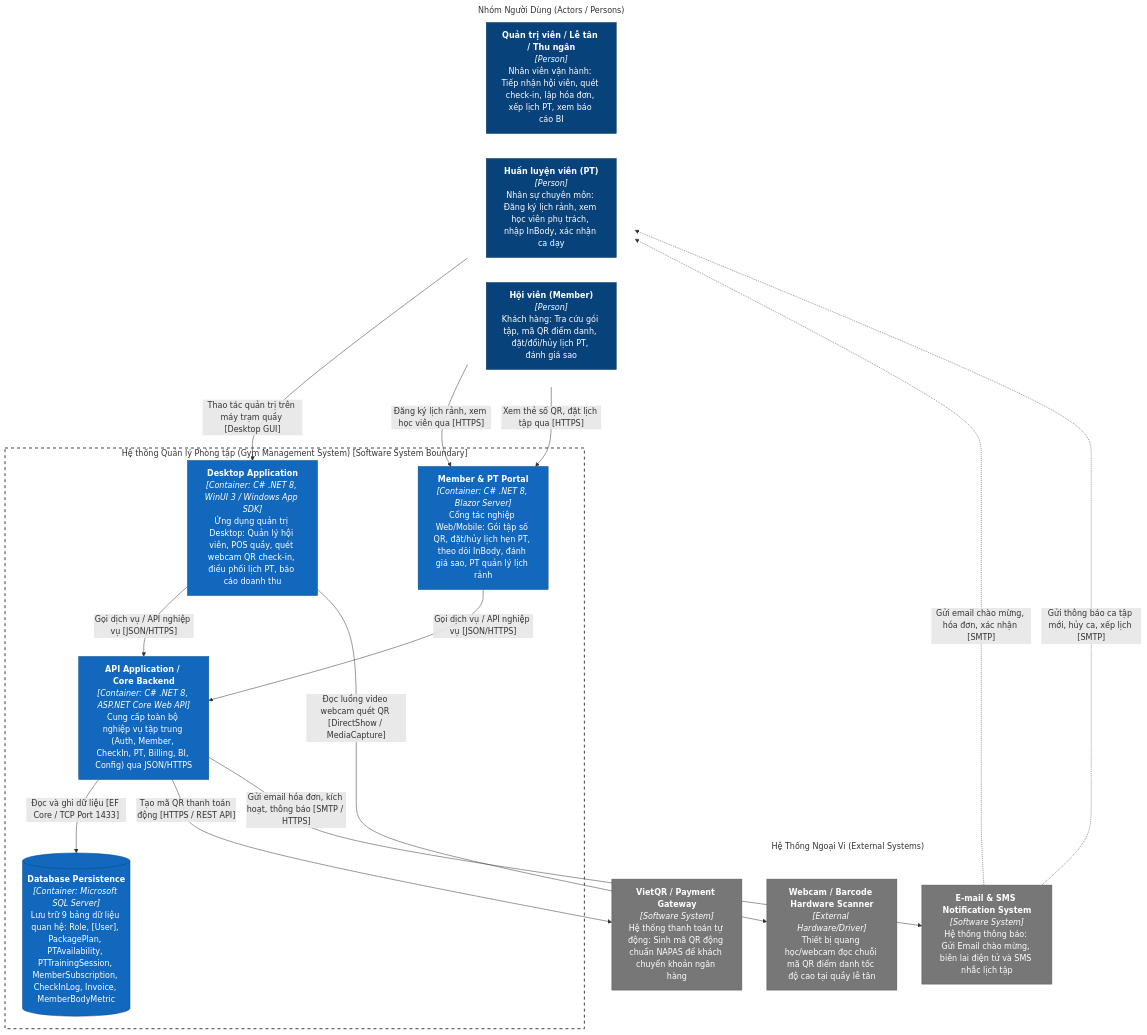
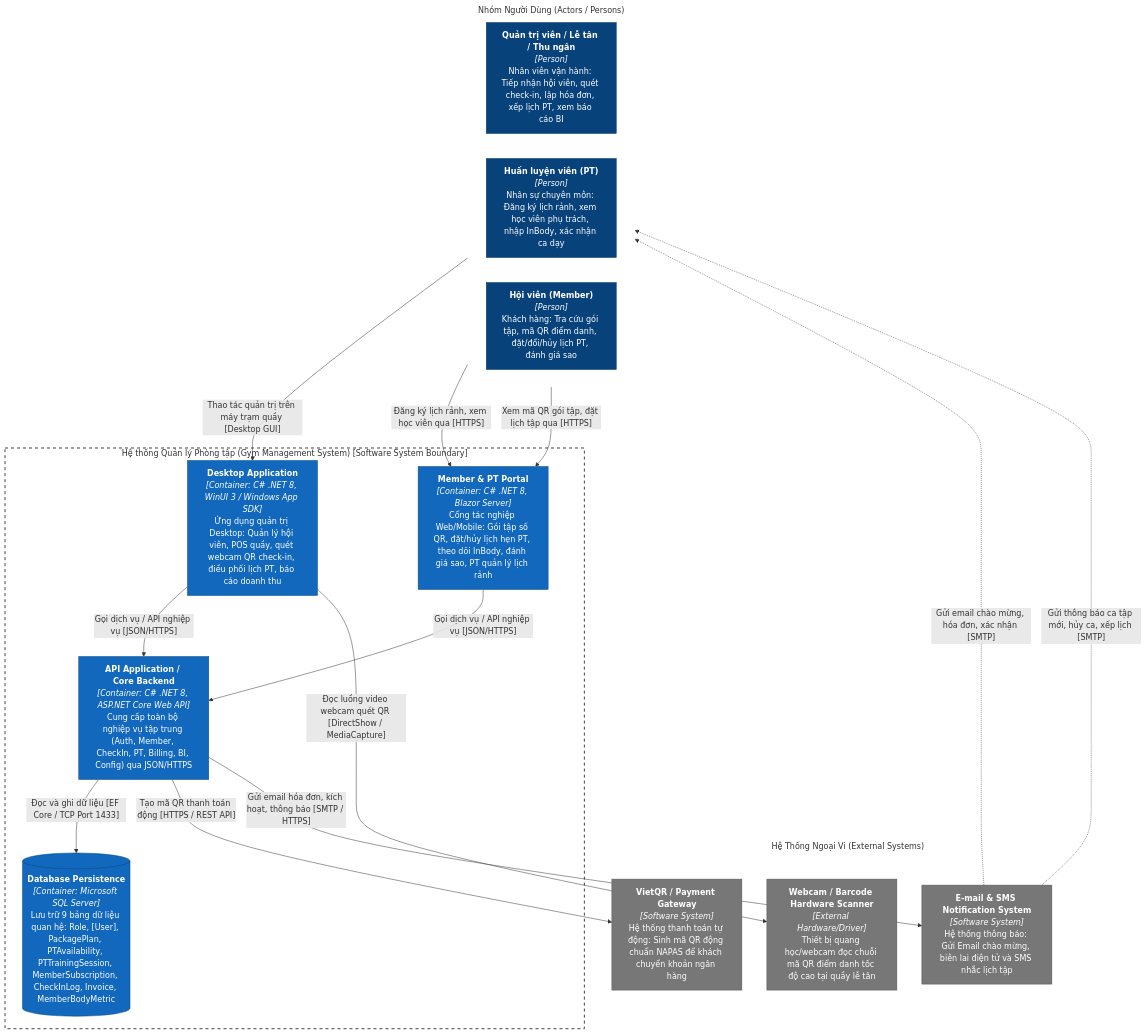
One commit to kkons2212/Gym-management changed the first of 3 diagrams in Document/predevrule.md. Above: the diagram before and after it, drawn with Mermaid. The commit also changed other lines of this file and 11 other files, not shown here.

Commit message:
docs: standardize terminology from thẻ tập to gói tập across all documentation

````diff
--- a/Document/predevrule.md
+++ b/Document/predevrule.md
@@ -50,59 +50,59 @@
 ```mermaid
 flowchart TB
     %% Users / Actors
     subgraph Users ["Nhóm Người Dùng (Actors / Persons)"]
         direction LR
         Admin["<b>Quản trị viên / Lễ tân / Thu ngân</b><br><i>[Person]</i><br>Nhân viên vận hành: Tiếp nhận hội viên, quét check-in, lập hóa đơn, xếp lịch PT, xem báo cáo BI"]
         PT["<b>Huấn luyện viên (PT)</b><br><i>[Person]</i><br>Nhân sự chuyên môn: Đăng ký lịch rảnh, xem học viên phụ trách, nhập InBody, xác nhận ca dạy"]
         Member["<b>Hội viên (Member)</b><br><i>[Person]</i><br>Khách hàng: Tra cứu gói tập, mã QR điểm danh, đặt/đổi/hủy lịch PT, đánh giá sao"]
     end
 
     %% Software System Boundary
     subgraph GymSystem ["Hệ thống Quản lý Phòng tập (Gym Management System) [Software System Boundary]"]
         DesktopApp["<b>Desktop Application</b><br><i>[Container: C# .NET 8, WinUI 3 / Windows App SDK]</i><br>Ứng dụng quản trị Desktop: Quản lý hội viên, POS quầy, quét webcam QR check-in, điều phối lịch PT, báo cáo doanh thu"]
         WebApp["<b>Member & PT Portal</b><br><i>[Container: C# .NET 8, Blazor Server]</i><br>Cổng tác nghiệp Web/Mobile: Gói tập số QR, đặt/hủy lịch hẹn PT, theo dõi InBody, đánh giá sao, PT quản lý lịch rảnh"]
         ApiApp["<b>API Application / Core Backend</b><br><i>[Container: C# .NET 8, ASP.NET Core Web API]</i><br>Cung cấp toàn bộ nghiệp vụ tập trung (Auth, Member, CheckIn, PT, Billing, BI, Config) qua JSON/HTTPS"]
         Database[("<b>Database Persistence</b><br><i>[Container: Microsoft SQL Server]</i><br>Lưu trữ 9 bảng dữ liệu quan hệ: Role, [User], PackagePlan, PTAvailability, PTTrainingSession, MemberSubscription, CheckInLog, Invoice, MemberBodyMetric")]
     end
 
     %% External Systems
     subgraph ExternalSystems ["Hệ Thống Ngoại Vi (External Systems)"]
         VietQR["<b>VietQR / Payment Gateway</b><br><i>[Software System]</i><br>Hệ thống thanh toán tự động: Sinh mã QR động chuẩn NAPAS để khách chuyển khoản ngân hàng"]
         EmailSystem["<b>E-mail & SMS Notification System</b><br><i>[Software System]</i><br>Hệ thống thông báo: Gửi Email chào mừng, biên lai điện tử và SMS nhắc lịch tập"]
         CameraScanner["<b>Webcam / Barcode Hardware Scanner</b><br><i>[External Hardware/Driver]</i><br>Thiết bị quang học/webcam đọc chuỗi mã QR điểm danh tốc độ cao tại quầy lễ tân"]
     end
 
     %% Interactions between Users and Containers
     Admin -->|"Thao tác quản trị trên máy trạm quầy [Desktop GUI]"| DesktopApp
     PT -->|"Đăng ký lịch rảnh, xem học viên qua [HTTPS]"| WebApp
-    Member -->|"Xem thẻ số QR, đặt lịch tập qua [HTTPS]"| WebApp
+    Member -->|"Xem mã QR gói tập, đặt lịch tập qua [HTTPS]"| WebApp
 
     %% Interactions inside Containers
     DesktopApp -->|"Gọi dịch vụ / API nghiệp vụ [JSON/HTTPS]"| ApiApp
     WebApp -->|"Gọi dịch vụ / API nghiệp vụ [JSON/HTTPS]"| ApiApp
     DesktopApp -->|"Đọc luồng video webcam quét QR [DirectShow / MediaCapture]"| CameraScanner
 
     %% Interactions with Database and External Systems
     ApiApp -->|"Đọc và ghi dữ liệu [EF Core / TCP Port 1433]"| Database
     ApiApp -->|"Tạo mã QR thanh toán động [HTTPS / REST API]"| VietQR
     ApiApp -->|"Gửi email hóa đơn, kích hoạt, thông báo [SMTP / HTTPS]"| EmailSystem
 
     %% External notifications back to users
     EmailSystem -.->|"Gửi email chào mừng, hóa đơn, xác nhận [SMTP]"| Member
     EmailSystem -.->|"Gửi thông báo ca tập mới, hủy ca, xếp lịch [SMTP]"| PT
 
     %% Styling to mimic C4 standards
     classDef person fill:#08427b,stroke:#073b6f,color:#fff;
     classDef container fill:#1168bd,stroke:#0b4884,color:#fff;
     classDef database fill:#1168bd,stroke:#0b4884,color:#fff;
     classDef external fill:#777777,stroke:#555555,color:#fff;
     classDef systemBoundary fill:none,stroke:#444444,stroke-width:2px,stroke-dasharray: 6 6;
     classDef groupBoundary fill:none,stroke:none;
 
     class Admin,PT,Member person;
     class DesktopApp,WebApp,ApiApp container;
     class Database database;
     class VietQR,EmailSystem,CameraScanner external;
     class GymSystem systemBoundary;
     class Users,ExternalSystems groupBoundary;
 ```
````
